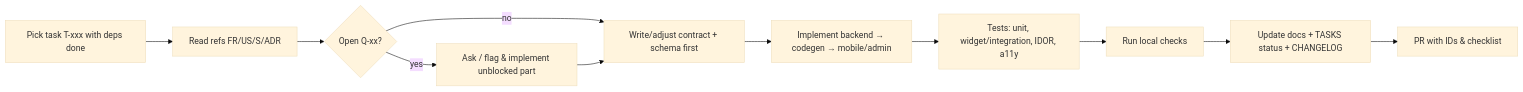
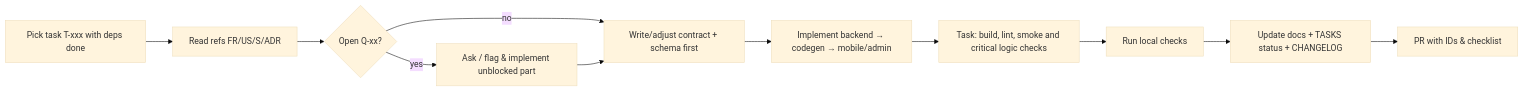
The diagram in docs/05-ai-development/AGENTS.md (Priyankaagrawal/supplybiz), drawn with Mermaid (base theme) before and after one commit. The commit also changed other lines of this file and 39 other files, not shown here.

````diff
--- a/docs/05-ai-development/AGENTS.md
+++ b/docs/05-ai-development/AGENTS.md
@@ -45,13 +45,13 @@
 ```mermaid
 flowchart LR
     A[Pick task T-xxx with deps done] --> B[Read refs FR/US/S/ADR]
     B --> C{Open Q-xx?}
     C -- yes --> D[Ask / flag & implement unblocked part]
     C -- no --> E[Write/adjust contract + schema first]
     D --> E
     E --> F[Implement backend → codegen → mobile/admin]
-    F --> G[Tests: unit, widget/integration, IDOR, a11y]
+    F --> G[Task: build, lint, smoke and critical logic checks]
     G --> H[Run local checks]
     H --> I[Update docs + TASKS status + CHANGELOG]
     I --> J[PR with IDs & checklist]
 ```
````
